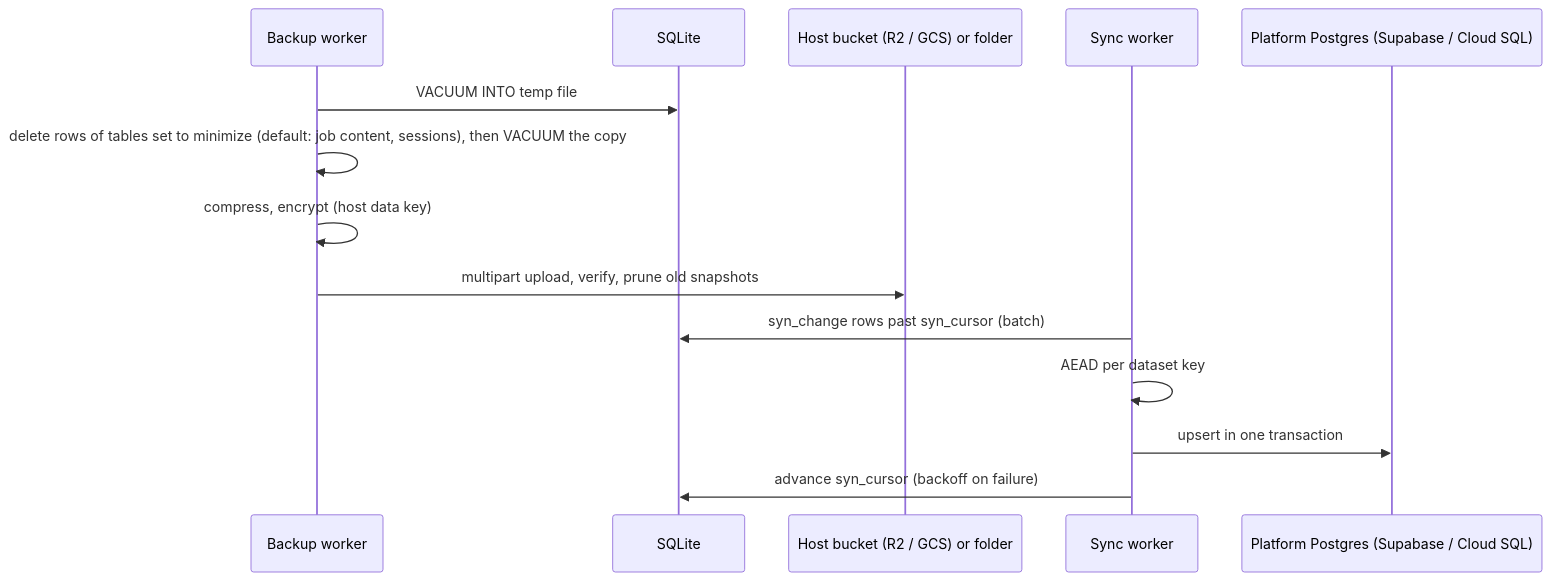
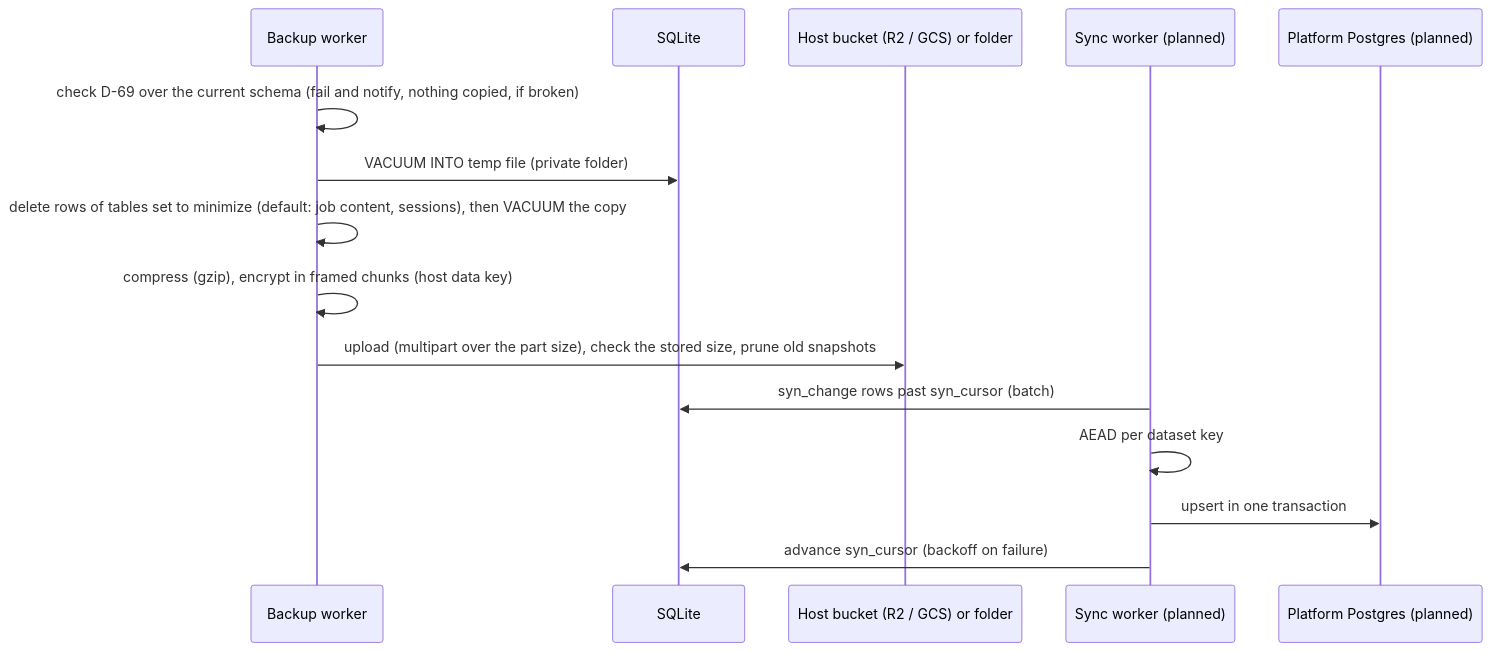
Before and after one commit to inCoderKaka/local-server: the ninth of 10 diagrams in docs/design_docs/lld.md, drawn with Mermaid. The commit also changed other lines of this file, not shown here.

First line of the commit message:
docs(platform): LLD reconciled with the code as built, module map includes webui (req_001 D-63, D-141)

````diff
--- a/docs/design_docs/lld.md
+++ b/docs/design_docs/lld.md
@@ -364,16 +442,17 @@
 ```mermaid
 sequenceDiagram
   participant B as Backup worker
   participant DB as SQLite
   participant S as Host bucket (R2 / GCS) or folder
-  participant Y as Sync worker
-  participant PG as Platform Postgres (Supabase / Cloud SQL)
-  B->>DB: VACUUM INTO temp file
+  participant Y as Sync worker (planned)
+  participant PG as Platform Postgres (planned)
+  B->>B: check D-69 over the current schema (fail and notify, nothing copied, if broken)
+  B->>DB: VACUUM INTO temp file (private folder)
   B->>B: delete rows of tables set to minimize (default: job content, sessions), then VACUUM the copy
-  B->>B: compress, encrypt (host data key)
-  B->>S: multipart upload, verify, prune old snapshots
+  B->>B: compress (gzip), encrypt in framed chunks (host data key)
+  B->>S: upload (multipart over the part size), check the stored size, prune old snapshots
   Y->>DB: syn_change rows past syn_cursor (batch)
   Y->>Y: AEAD per dataset key
   Y->>PG: upsert in one transaction
   Y->>DB: advance syn_cursor (backoff on failure)
 ```
````
